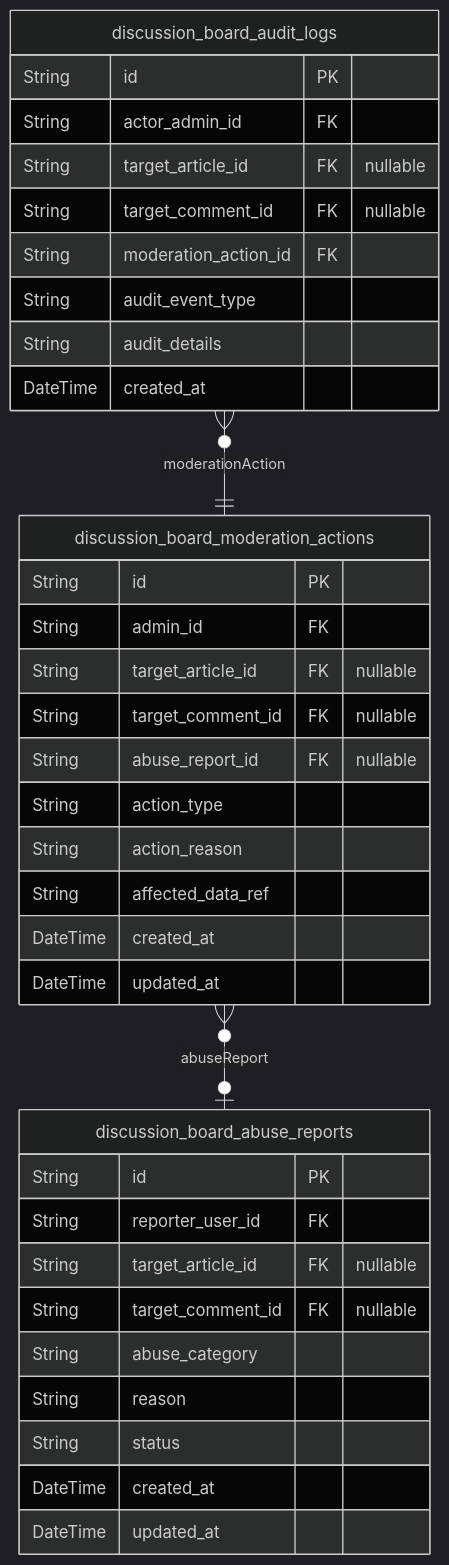
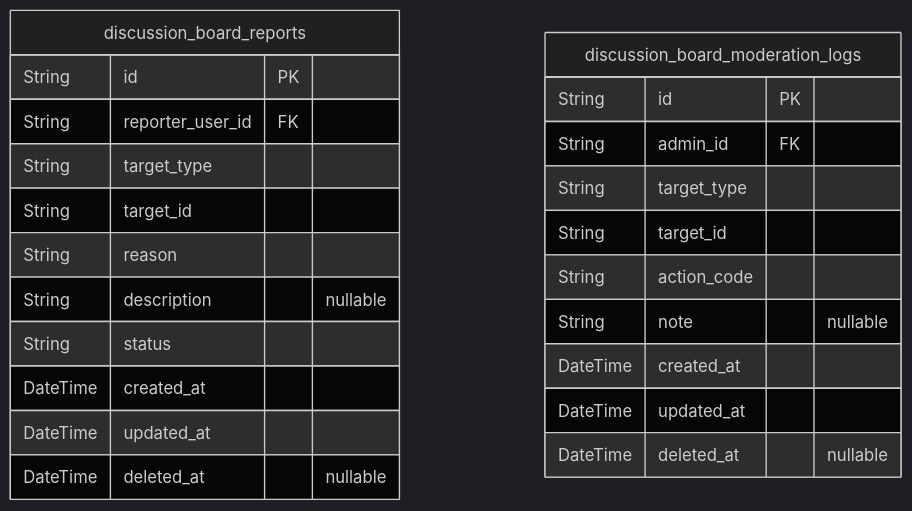
One commit to wrtnlabs/autobe-examples changed the fifth of 5 diagrams in openai/gpt-4.1/bbs/docs/ERD.md. Above: the diagram before and after it, drawn with Mermaid (dark theme). The commit also changed other lines of this file and 22498 other files, not shown here.

````diff
--- a/openai/gpt-4.1/bbs/docs/ERD.md
+++ b/openai/gpt-4.1/bbs/docs/ERD.md
@@ -276,38 +417,26 @@
 ```mermaid
 erDiagram
-"discussion_board_abuse_reports" {
+"discussion_board_reports" {
   String id PK
   String reporter_user_id FK
-  String target_article_id FK "nullable"
-  String target_comment_id FK "nullable"
-  String abuse_category
+  String target_type
+  String target_id
   String reason
+  String description "nullable"
   String status
   DateTime created_at
   DateTime updated_at
+  DateTime deleted_at "nullable"
 }
-"discussion_board_moderation_actions" {
+"discussion_board_moderation_logs" {
   String id PK
   String admin_id FK
-  String target_article_id FK "nullable"
-  String target_comment_id FK "nullable"
-  String abuse_report_id FK "nullable"
-  String action_type
-  String action_reason
-  String affected_data_ref
+  String target_type
+  String target_id
+  String action_code
+  String note "nullable"
   DateTime created_at
   DateTime updated_at
+  DateTime deleted_at "nullable"
 }
-"discussion_board_audit_logs" {
-  String id PK
-  String actor_admin_id FK
-  String target_article_id FK "nullable"
-  String target_comment_id FK "nullable"
-  String moderation_action_id FK
-  String audit_event_type
-  String audit_details
-  DateTime created_at
-}
-"discussion_board_moderation_actions" }o--o| "discussion_board_abuse_reports" : abuseReport
-"discussion_board_audit_logs" }o--|| "discussion_board_moderation_actions" : moderationAction
 ```
````
